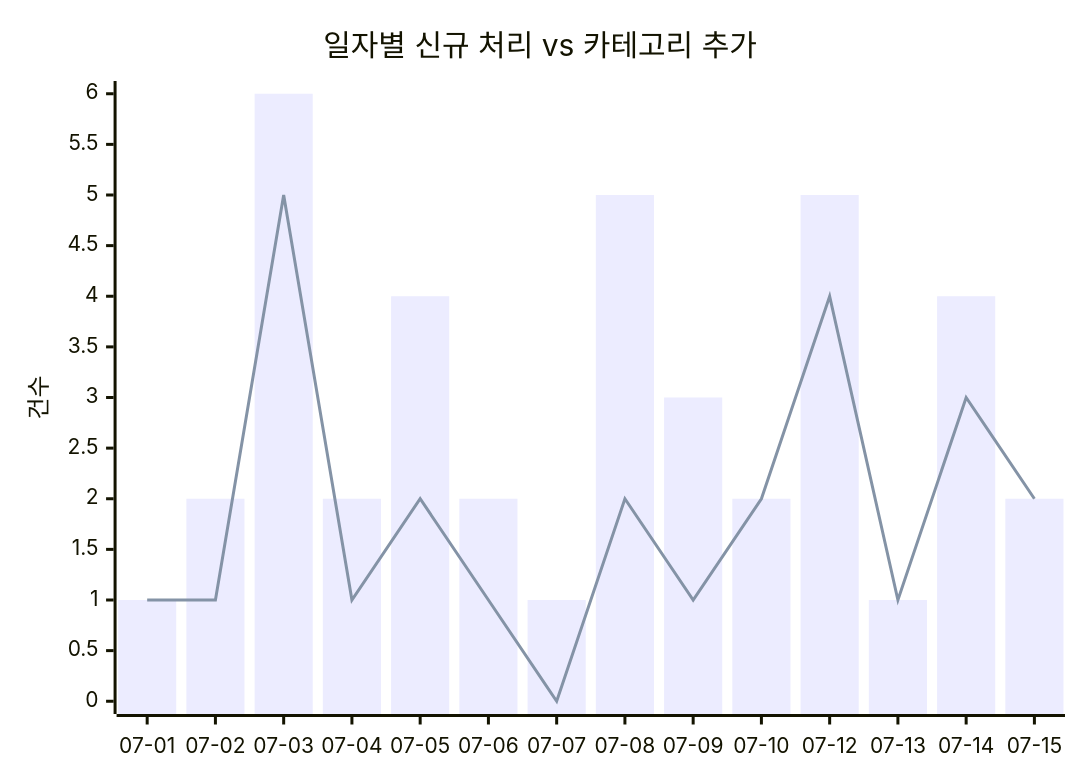
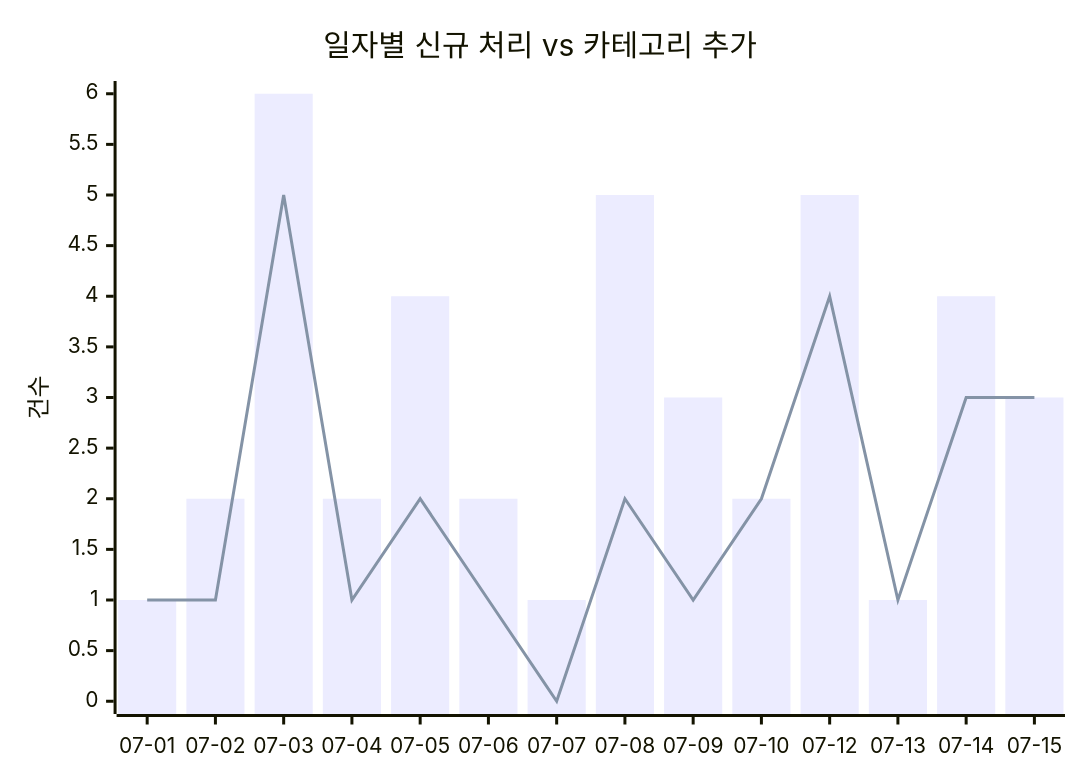
One commit to J-nowcow/awesome-korean-agent-skills changed the first of 2 diagrams in docs/trends.md. Above: the diagram before and after it, drawn with Mermaid. The commit also changed other lines of this file and 4 other files, not shown here.

````diff
--- a/docs/trends.md
+++ b/docs/trends.md
@@ -32,8 +32,8 @@
 ```mermaid
 xychart-beta
     title "일자별 신규 처리 vs 카테고리 추가"
     x-axis ["07-01","07-02","07-03","07-04","07-05","07-06","07-07","07-08","07-09","07-10","07-12","07-13","07-14","07-15"]
     y-axis "건수"
-    bar [1,2,6,2,4,2,1,5,3,2,5,1,4,2]
-    line [1,1,5,1,2,1,0,2,1,2,4,1,3,2]
+    bar [1,2,6,2,4,2,1,5,3,2,5,1,4,3]
+    line [1,1,5,1,2,1,0,2,1,2,4,1,3,3]
 ```
````
